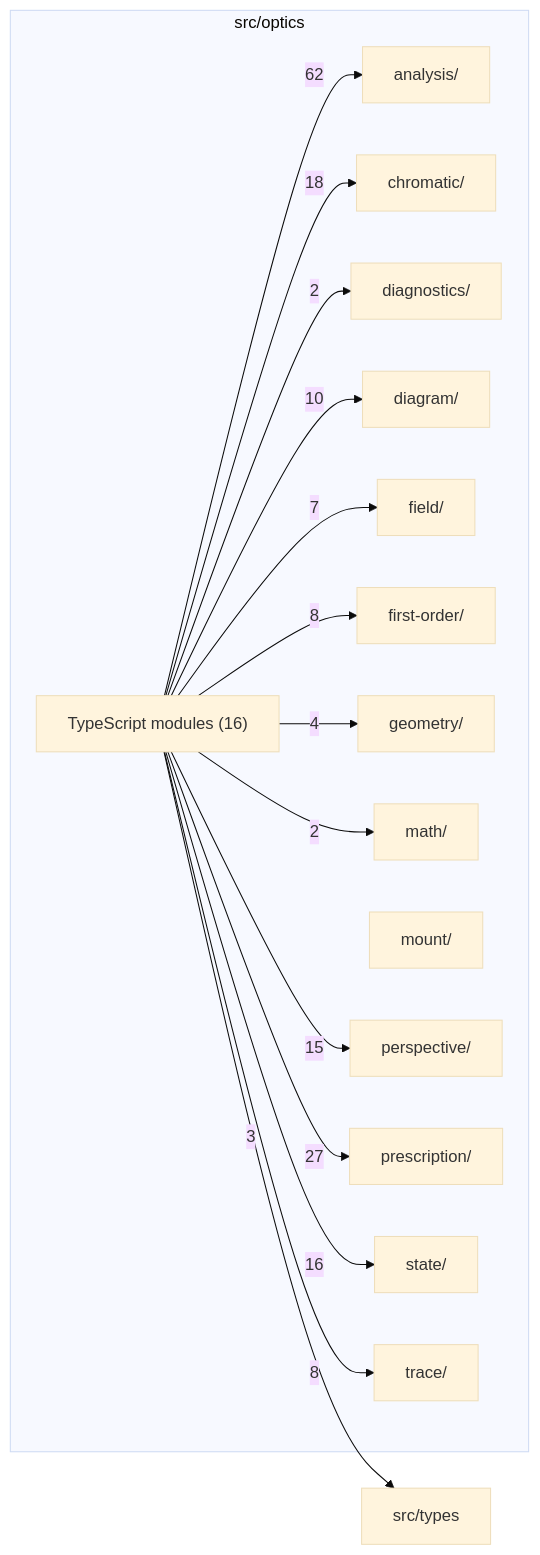
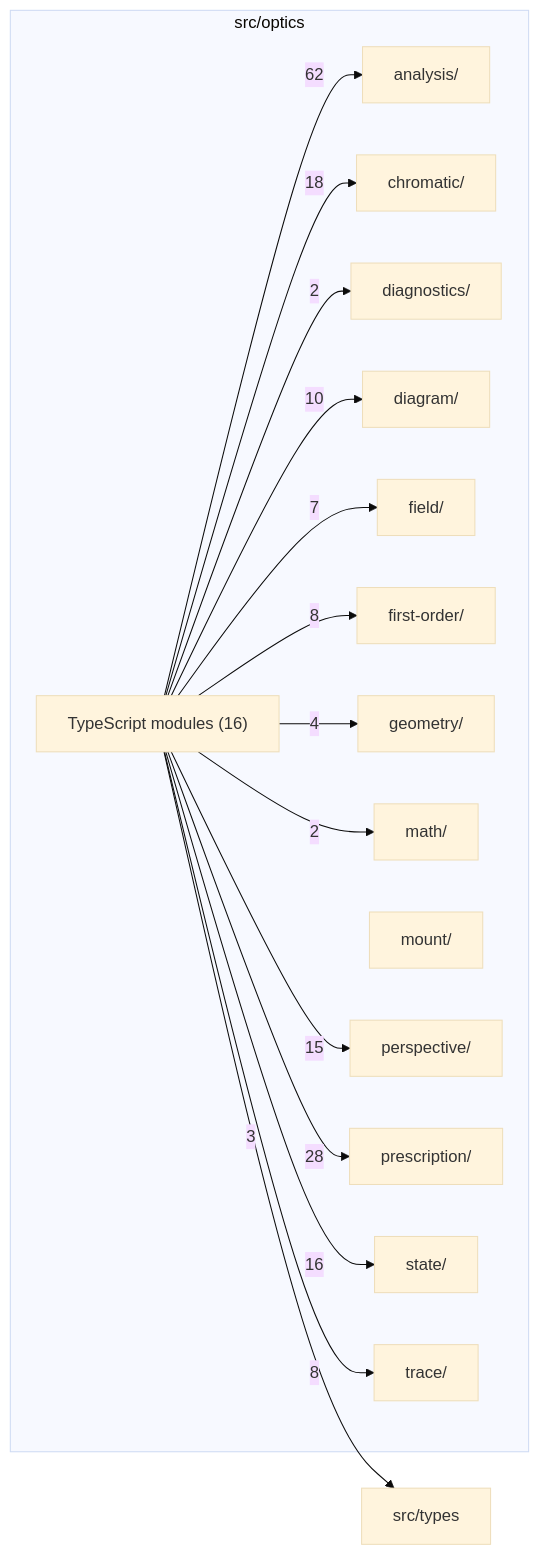
The diagram in src/optics/readme.md (ronbuening/LensVisualizer), drawn with Mermaid (base theme) before and after one commit. The commit also changed other lines of this file and 19 other files, not shown here.

````diff
--- a/src/optics/readme.md
+++ b/src/optics/readme.md
@@ -9,33 +9,33 @@
 ```mermaid
 flowchart LR
   subgraph n_src_optics["src/optics"]
     n_src_optics_src_optics_analysis["analysis/"]
     n_src_optics_src_optics_chromatic["chromatic/"]
     n_src_optics_src_optics_diagnostics["diagnostics/"]
     n_src_optics_src_optics_diagram["diagram/"]
     n_src_optics_src_optics_field["field/"]
     n_src_optics_src_optics_first_order["first-order/"]
     n_src_optics_src_optics_geometry["geometry/"]
     n_src_optics_src_optics_math["math/"]
     n_src_optics_src_optics_mount["mount/"]
     n_src_optics_src_optics_perspective["perspective/"]
     n_src_optics_src_optics_prescription["prescription/"]
     n_src_optics_src_optics_state["state/"]
     n_src_optics_src_optics_trace["trace/"]
     n_src_optics_TypeScript_modules["TypeScript modules (16)"]
   end
   n_external_src_types["src/types"]
   n_src_optics_TypeScript_modules --> |62| n_src_optics_src_optics_analysis
-  n_src_optics_TypeScript_modules --> |27| n_src_optics_src_optics_prescription
+  n_src_optics_TypeScript_modules --> |28| n_src_optics_src_optics_prescription
   n_src_optics_TypeScript_modules --> |18| n_src_optics_src_optics_chromatic
   n_src_optics_TypeScript_modules --> |16| n_src_optics_src_optics_state
   n_src_optics_TypeScript_modules --> |15| n_src_optics_src_optics_perspective
   n_src_optics_TypeScript_modules --> |10| n_src_optics_src_optics_diagram
   n_src_optics_TypeScript_modules --> |8| n_src_optics_src_optics_first_order
   n_src_optics_TypeScript_modules --> |8| n_src_optics_src_optics_trace
   n_src_optics_TypeScript_modules --> |7| n_src_optics_src_optics_field
   n_src_optics_TypeScript_modules --> |4| n_src_optics_src_optics_geometry
   n_src_optics_TypeScript_modules --> |3| n_external_src_types
   n_src_optics_TypeScript_modules --> |2| n_src_optics_src_optics_diagnostics
   n_src_optics_TypeScript_modules --> |2| n_src_optics_src_optics_math
 ```
````
